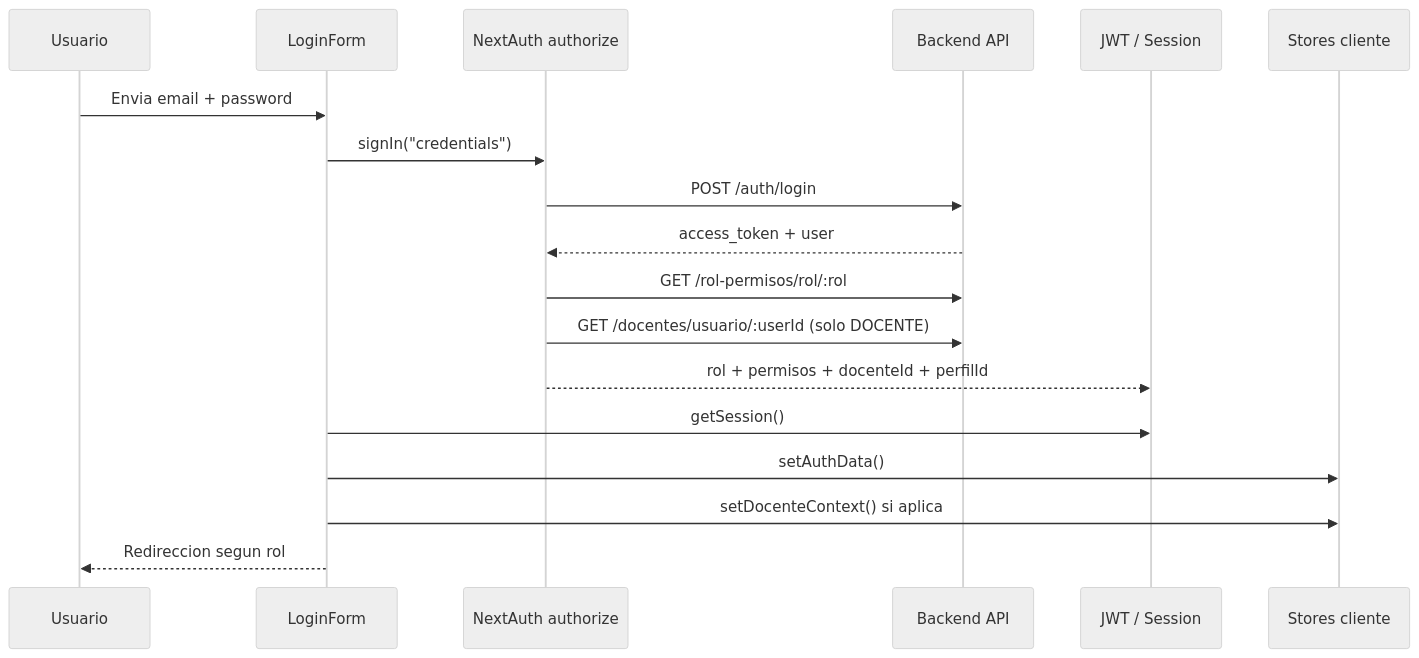
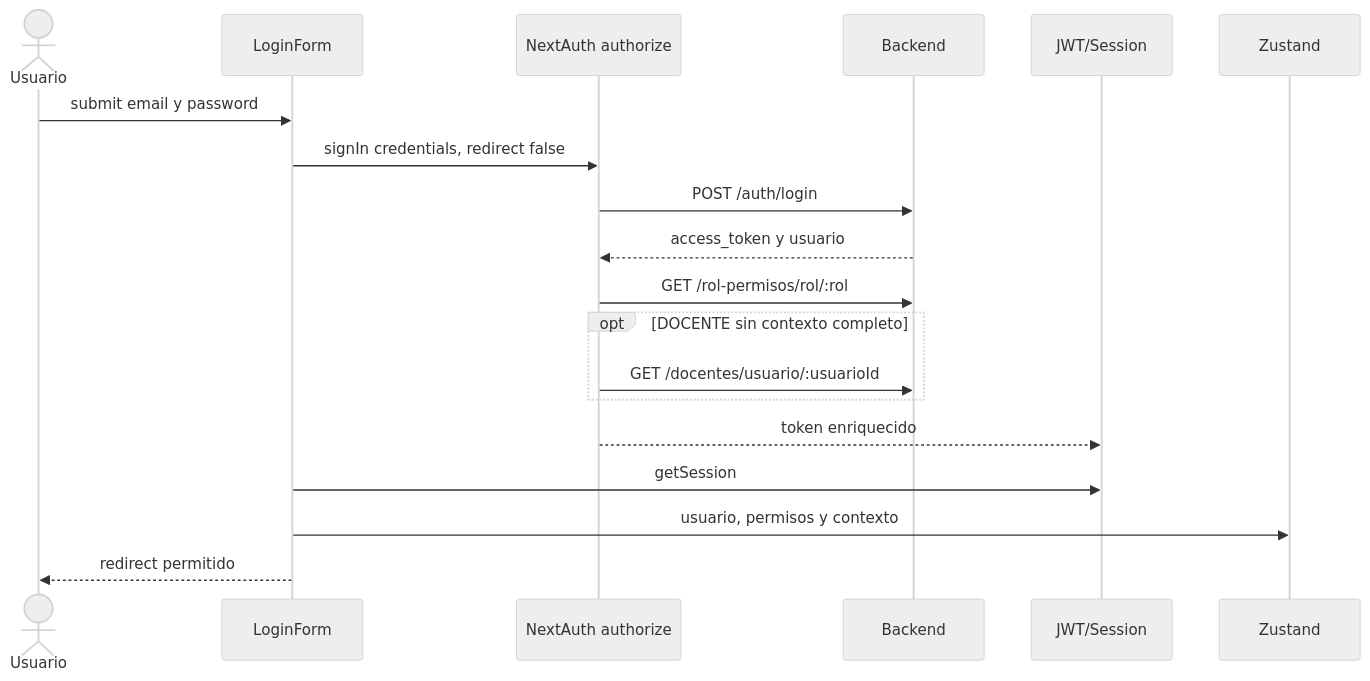
Before and after one commit to luismiguelgs/ciunac-admin-2: the diagram in docs/11-auth-security.md, drawn with Mermaid (neutral theme). The commit also changed other lines of this file and 60 other files, not shown here.

````diff
--- a/docs/11-auth-security.md
+++ b/docs/11-auth-security.md
@@ -24,21 +5,21 @@
 ```mermaid
 sequenceDiagram
-    participant U as Usuario
-    participant LF as LoginForm
-    participant NA as NextAuth authorize
-    participant API as Backend API
-    participant JWT as JWT / Session
-    participant ST as Stores cliente
-
-    U->>LF: Envia email + password
-    LF->>NA: signIn("credentials")
-    NA->>API: POST /auth/login
-    API-->>NA: access_token + user
-    NA->>API: GET /rol-permisos/rol/:rol
-    NA->>API: GET /docentes/usuario/:userId (solo DOCENTE)
-    NA-->>JWT: rol + permisos + docenteId + perfilId
-    LF->>JWT: getSession()
-    LF->>ST: setAuthData()
-    LF->>ST: setDocenteContext() si aplica
-    LF-->>U: Redireccion segun rol
+    actor U as Usuario
+    participant F as LoginForm
+    participant N as NextAuth authorize
+    participant B as Backend
+    participant J as JWT/Session
+    participant Z as Zustand
+    U->>F: submit email y password
+    F->>N: signIn credentials, redirect false
+    N->>B: POST /auth/login
+    B-->>N: access_token y usuario
+    N->>B: GET /rol-permisos/rol/:rol
+    opt DOCENTE sin contexto completo
+        N->>B: GET /docentes/usuario/:usuarioId
+    end
+    N-->>J: token enriquecido
+    F->>J: getSession
+    F->>Z: usuario, permisos y contexto
+    F-->>U: redirect permitido
 ```
````
